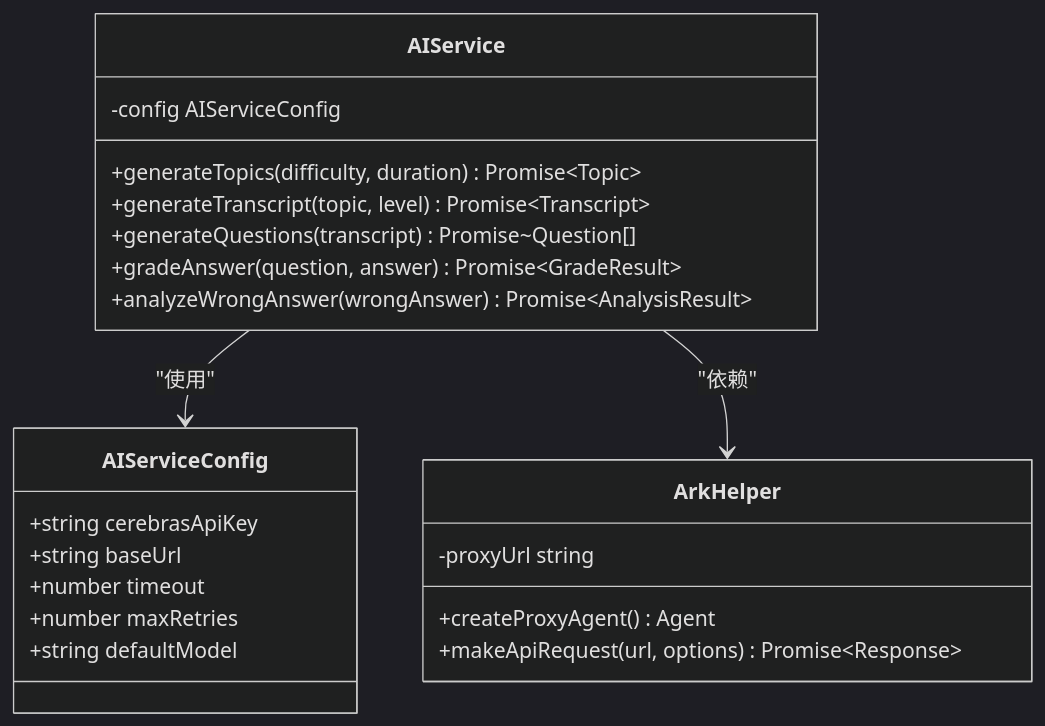
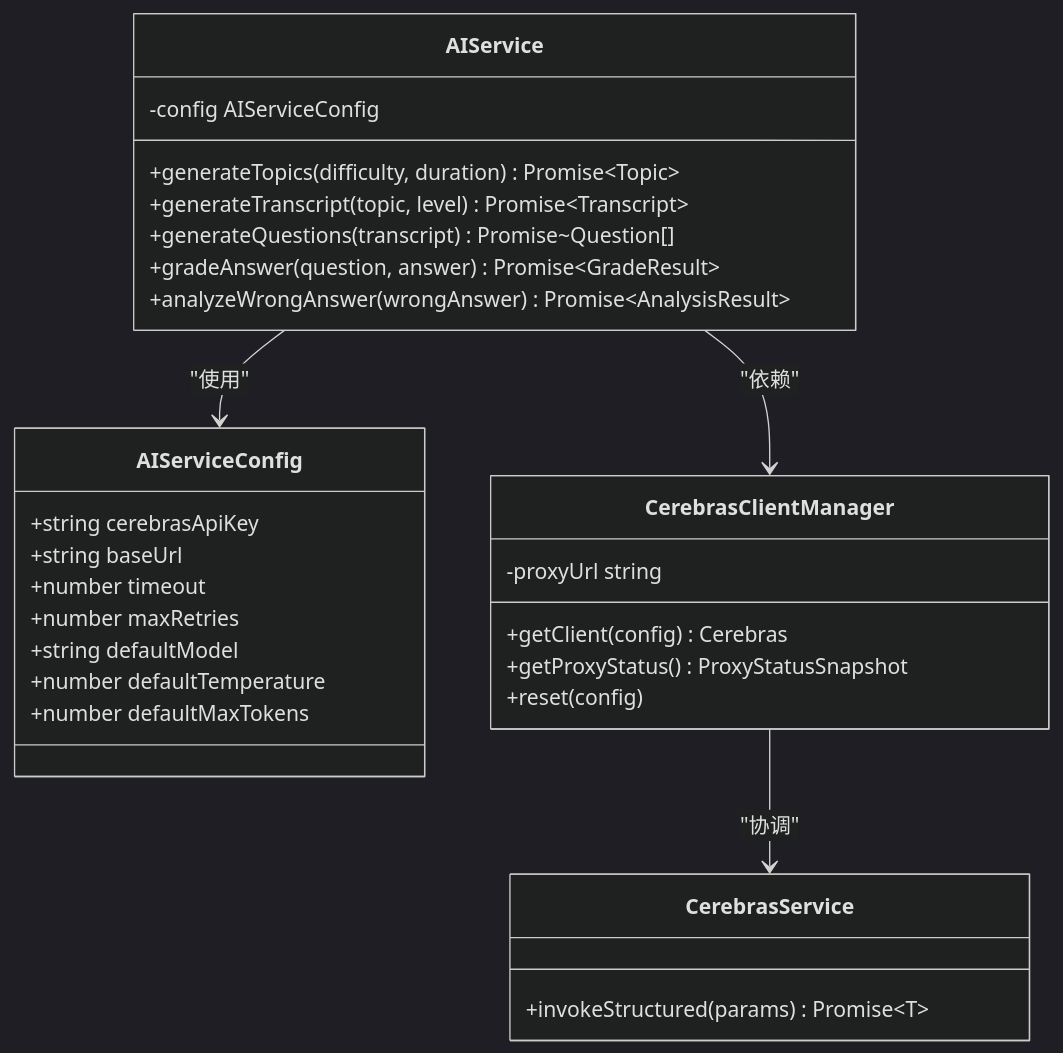
The third of 5 diagrams in .qoder/repowiki/zh/content/系统概述.md (arthurlee116/english-listening-trainer), drawn with Mermaid (dark theme) before and after one commit. The commit also changed other lines of this file and 5 other files, not shown here.

````diff
--- a/.qoder/repowiki/zh/content/系统概述.md
+++ b/.qoder/repowiki/zh/content/系统概述.md
@@ -132,25 +141,32 @@
 ```mermaid
 classDiagram
 class AIServiceConfig {
 +string cerebrasApiKey
 +string baseUrl
 +number timeout
 +number maxRetries
 +string defaultModel
++number defaultTemperature
++number defaultMaxTokens
 }
 class AIService {
 -config AIServiceConfig
 +generateTopics(difficulty, duration) Promise~Topic~
 +generateTranscript(topic, level) Promise~Transcript~
 +generateQuestions(transcript) Promise~Question[]
 +gradeAnswer(question, answer) Promise~GradeResult~
 +analyzeWrongAnswer(wrongAnswer) Promise~AnalysisResult~
 }
-class ArkHelper {
+class CerebrasClientManager {
 -proxyUrl string
-+createProxyAgent() Agent
-+makeApiRequest(url, options) Promise~Response~
++getClient(config) Cerebras
++getProxyStatus() ProxyStatusSnapshot
++reset(config)
+}
+class CerebrasService {
++invokeStructured(params) Promise~T~
 }
 AIService --> AIServiceConfig : "使用"
-AIService --> ArkHelper : "依赖"
+AIService --> CerebrasClientManager : "依赖"
+CerebrasClientManager --> CerebrasService : "协调"
 ```
````
